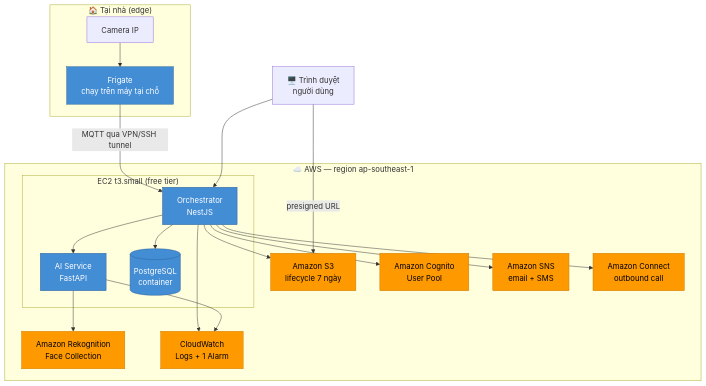
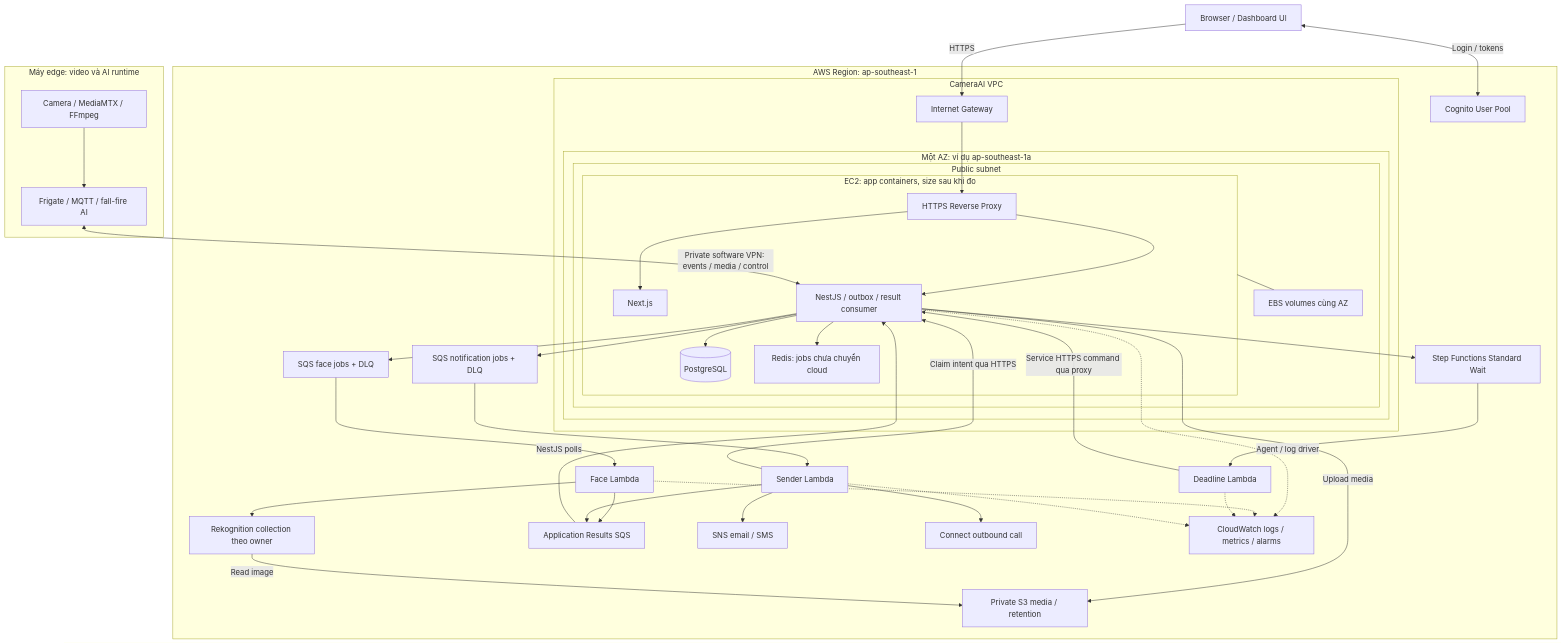
The fourth of 5 diagrams in docs/architecture/C4_ARCHITECTURE.md (DuongDaiPhat/aws-camera-ai), drawn with Mermaid before and after one commit. The commit also changed other lines of this file and 19 other files, not shown here.

Commit message:
docs(docs): add sprint 4 AWS architecture and hands-on labs

````diff
--- a/docs/architecture/C4_ARCHITECTURE.md
+++ b/docs/architecture/C4_ARCHITECTURE.md
@@ -286,42 +288,64 @@
 ```mermaid
-graph TB
-    subgraph home["🏠 Tại nhà (edge)"]
-        CAM["Camera IP"]
-        FRG2["Frigate<br/>chạy trên máy tại chỗ"]
+flowchart TB
+    subgraph home["Máy edge: video và AI runtime"]
+        CAM["Camera / MediaMTX / FFmpeg"]
+        FRG2["Frigate / MQTT / fall-fire AI"]
+        CAM --> FRG2
     end
-
-    subgraph aws["☁️ AWS — region ap-southeast-1"]
-        subgraph ec2["EC2 t3.small (free tier)"]
-            ORC2["Orchestrator<br/>NestJS"]
-            AI2["AI Service<br/>FastAPI"]
-            PG2[("PostgreSQL<br/>container")]
+    USER["Browser / Dashboard UI"]
+    subgraph aws["AWS Region: ap-southeast-1"]
+        subgraph vpc["CameraAI VPC"]
+            IGW["Internet Gateway"]
+            subgraph az["Một AZ: ví dụ ap-southeast-1a"]
+                subgraph subnet["Public subnet"]
+                    subgraph ec2["EC2: app containers, size sau khi đo"]
+                        RP["HTTPS Reverse Proxy"]
+                        WEB["Next.js"]
+                        ORC2["NestJS / outbox / result consumer"]
+                        PG2[("PostgreSQL")]
+                        REDIS["Redis: jobs chưa chuyển cloud"]
+                    end
+                    EBS["EBS volumes cùng AZ"]
+                end
+            end
         end
-        S3["Amazon S3<br/>lifecycle 7 ngày"]
-        REK["Amazon Rekognition<br/>Face Collection"]
-        COG["Amazon Cognito<br/>User Pool"]
-        SNS2["Amazon SNS<br/>email + SMS"]
-        CON2["Amazon Connect<br/>outbound call"]
-        CW["CloudWatch<br/>Logs + 1 Alarm"]
+        S3["Private S3 media / retention"]
+        COG["Cognito User Pool"]
+        FQ["SQS face jobs + DLQ"]
+        FL["Face Lambda"]
+        REK["Rekognition collection theo owner"]
+        RQ["Application Results SQS"]
+        SF["Step Functions Standard Wait"]
+        DL["Deadline Lambda"]
+        NQ["SQS notification jobs + DLQ"]
+        NL["Sender Lambda"]
+        SNS2["SNS email / SMS"]
+        CON2["Connect outbound call"]
+        CW["CloudWatch logs / metrics / alarms"]
     end
-
-    USER["🖥️ Trình duyệt<br/>người dùng"]
-
-    CAM --> FRG2
-    FRG2 -->|"MQTT qua VPN/SSH tunnel"| ORC2
+    USER <-->|"Login / tokens"| COG
+    USER -->|"HTTPS"| IGW
+    IGW --> RP
+    RP --> WEB
+    RP --> ORC2
+    FRG2 <-->|"Private software VPN: events / media / control"| ORC2
     ORC2 --> PG2
-    ORC2 --> AI2
-    ORC2 --> S3
-    AI2 --> REK
-    ORC2 --> COG
-    ORC2 --> SNS2
-    ORC2 --> CON2
-    ORC2 --> CW
-    AI2 --> CW
-    USER --> ORC2
-    USER -->|presigned URL| S3
-
-    classDef awsvc fill:#ff9900,stroke:#cc7a00,color:#000
-    classDef compute fill:#438dd5,stroke:#2e6295,color:#fff
-    class S3,REK,COG,SNS2,CON2,CW awsvc
-    class ORC2,AI2,PG2,FRG2 compute
+    ORC2 --> REDIS
+    ec2 --- EBS
+    ORC2 -->|"Upload media"| S3
+    ORC2 --> FQ --> FL --> REK
+    REK -->|"Read image"| S3
+    FL --> RQ
+    RQ -->|"NestJS polls"| ORC2
+    ORC2 --> SF --> DL
+    DL -->|"Service HTTPS command qua proxy"| ORC2
+    ORC2 --> NQ --> NL
+    NL -->|"Claim intent qua HTTPS"| ORC2
+    NL --> SNS2
+    NL --> CON2
+    NL --> RQ
+    ORC2 -.->|"Agent / log driver"| CW
+    FL -.-> CW
+    DL -.-> CW
+    NL -.-> CW
 ```
````
